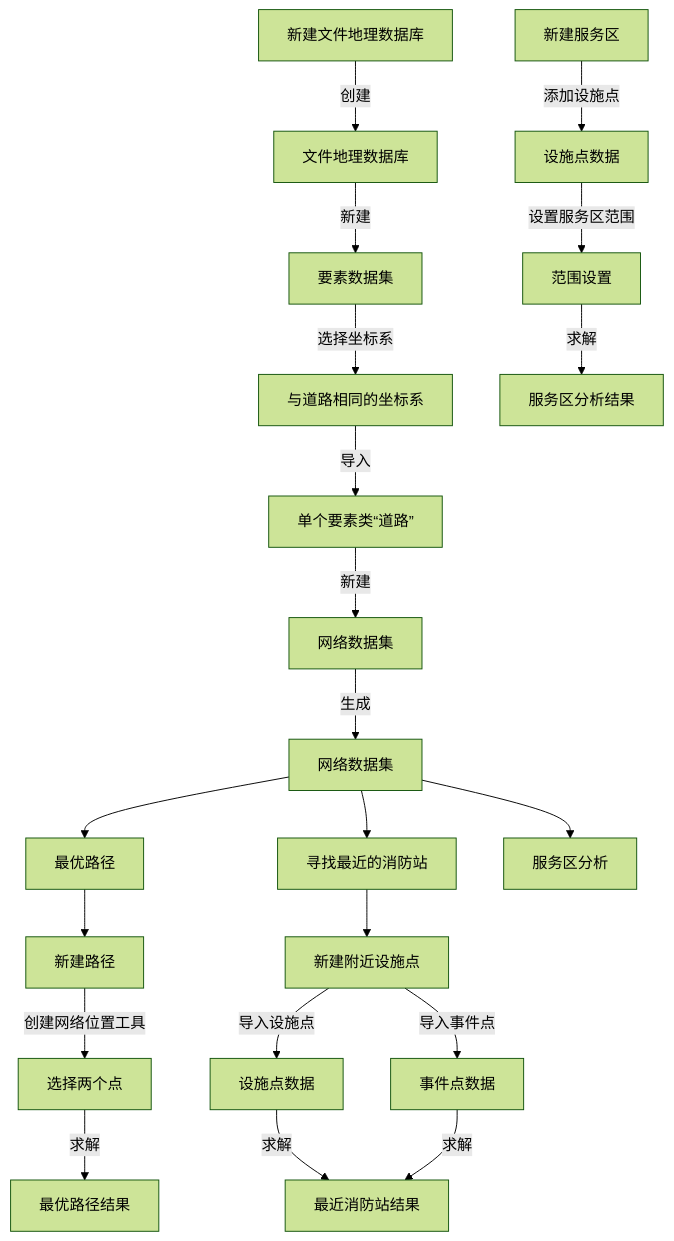
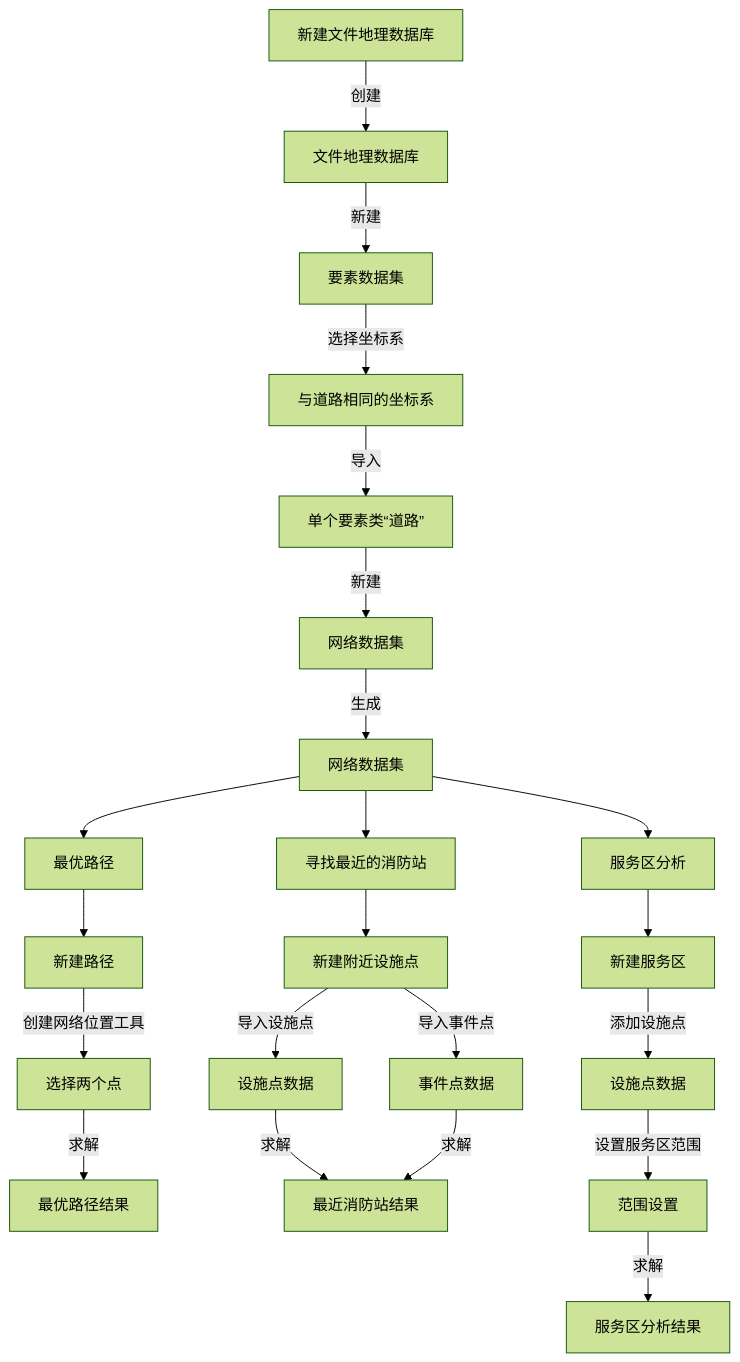
Before and after one commit to newguser/iodraw-files: the diagram in all/未命名.md, drawn with Mermaid (forest theme).

Commit message:
2025-02-27 21:18:36 update

````diff
--- a/all/未命名.md
+++ b/all/未命名.md
@@ -1,24 +1,24 @@
 ```mermaid
 graph TD
     A[新建文件地理数据库] -->|创建| B[文件地理数据库]
     B -->|新建| C[要素数据集]
     C -->|选择坐标系| D[与道路相同的坐标系]
     D -->|导入| E[单个要素类“道路”]
     E -->|新建| F[网络数据集]
     F -->|生成| G[网络数据集]
     G[网络数据集] -->H[最优路径]
     G[网络数据集] -->I[寻找最近的消防站]
     G[网络数据集] -->J[服务区分析]
     H[最优路径]-->H1[新建路径]
     H1[新建路径] -->|创建网络位置工具| H2[选择两个点]
         H2 -->|求解| H3[最优路径结果]
     I[寻找最近的消防站]-->I1[新建附近设施点]
     I1[新建附近设施点] -->|导入设施点| I2[设施点数据]
         I1 -->|导入事件点| I3[事件点数据]
         I2 -->|求解| I4[最近消防站结果]
         I3 -->|求解| I4
-    J[服务区分析]
+    J[服务区分析] -->J1[新建服务区]
      J1[新建服务区] -->|添加设施点| J2[设施点数据]
         J2 -->|设置服务区范围| J3[范围设置]
         J3 -->|求解| J4[服务区分析结果]
 ```
````
